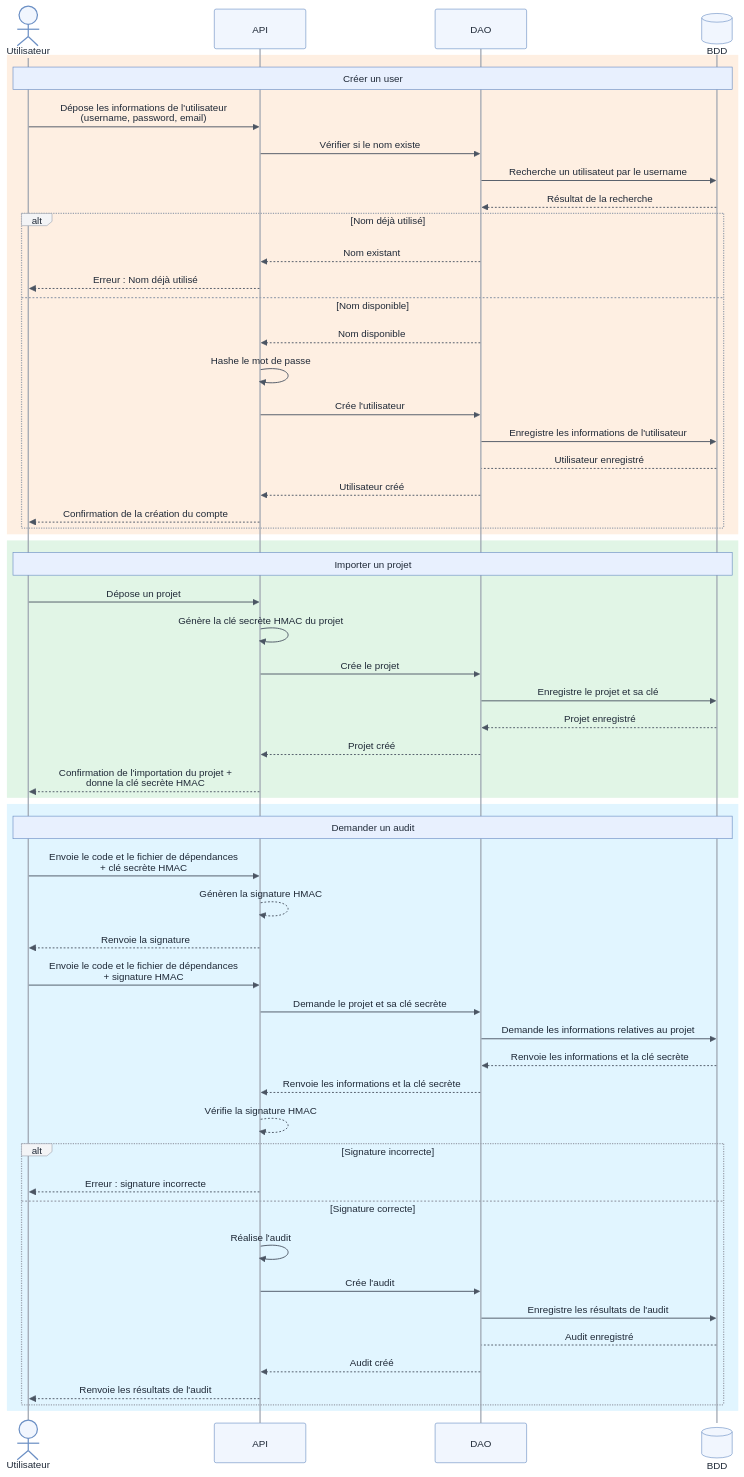
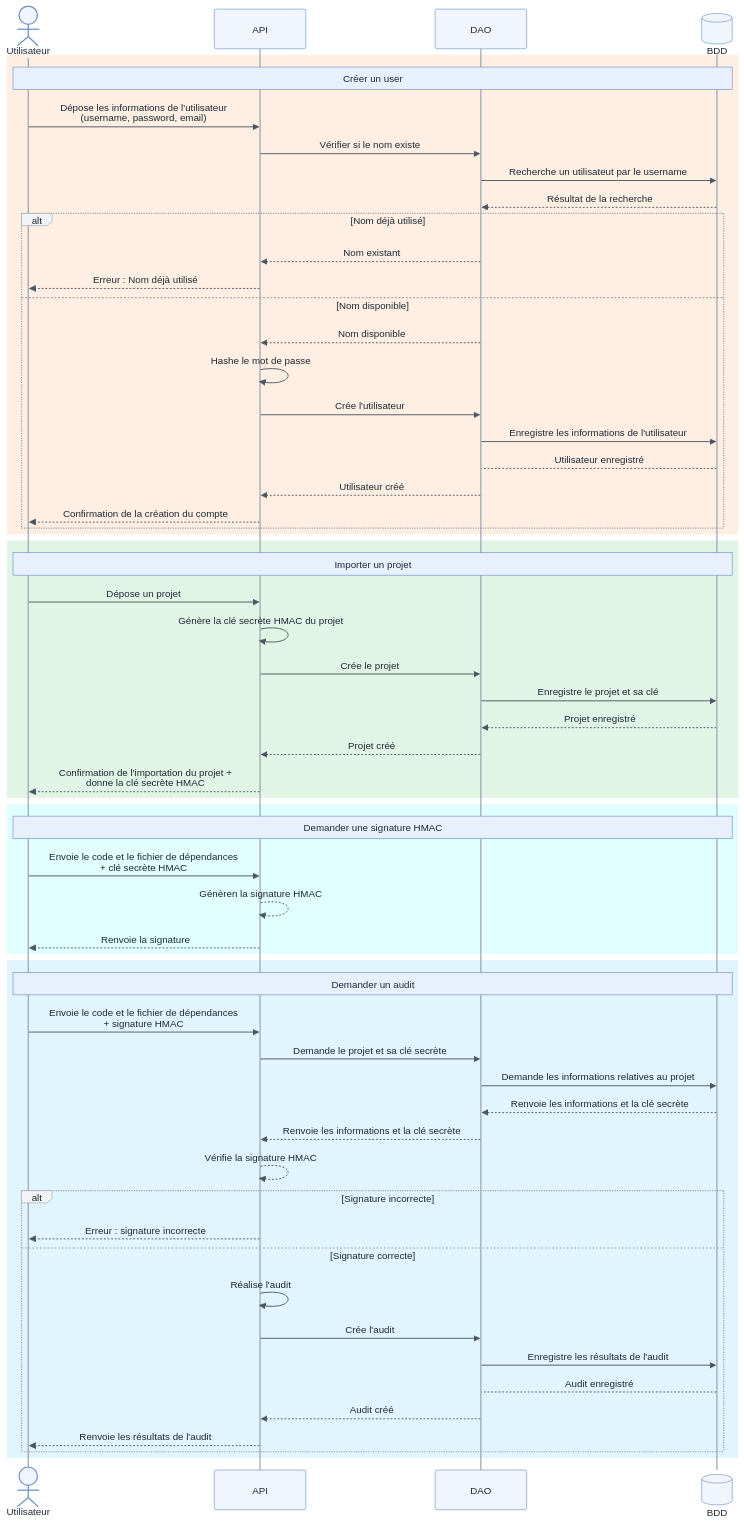
The diagram in doc/sequence_diagram.md (galahade-ncl/ensai-it-project-2a-team34), drawn with Mermaid before and after one commit.

Commit message:
séparation signature HMAC et audit dans diagramme de séq

```diff
--- a/doc/sequence_diagram.md
+++ b/doc/sequence_diagram.md
@@ -40,7 +40,7 @@
     participant BDD@{ "type" : "database" }
 
     rect rgb(254, 239, 226)
-        Note over Utilisateur,BDD: Créer un user 
+        Note over Utilisateur,BDD: Créer un user
 
         Utilisateur->>API: Dépose les informations de l'utilisateur<br/>(username, password, email)
         API->>DAO: Vérifier si le nom existe
@@ -75,12 +75,18 @@
 
     end
 
-    rect rgb(225, 245, 255)
-        Note over Utilisateur,BDD: Demander un audit
+    rect rgb(225, 255, 255)
+        Note over Utilisateur,BDD: Demander une signature HMAC
 
         Utilisateur->>API: Envoie le code et le fichier de dépendances <br/>+ clé secrète HMAC
         API-->>API: Génèren la signature HMAC
         API-->>Utilisateur: Renvoie la signature
+
+    end
+
+    rect rgb(225, 245, 255)
+        Note over Utilisateur,BDD: Demander un audit
+
         Utilisateur->>API: Envoie le code et le fichier de dépendances <br/>+ signature HMAC
         API->>DAO: Demande le projet et sa clé secrète
         DAO->>BDD: Demande les informations relatives au projet
```
